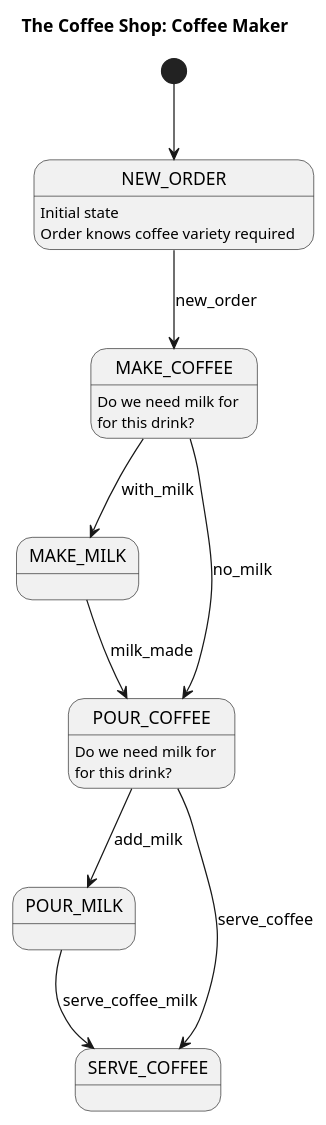
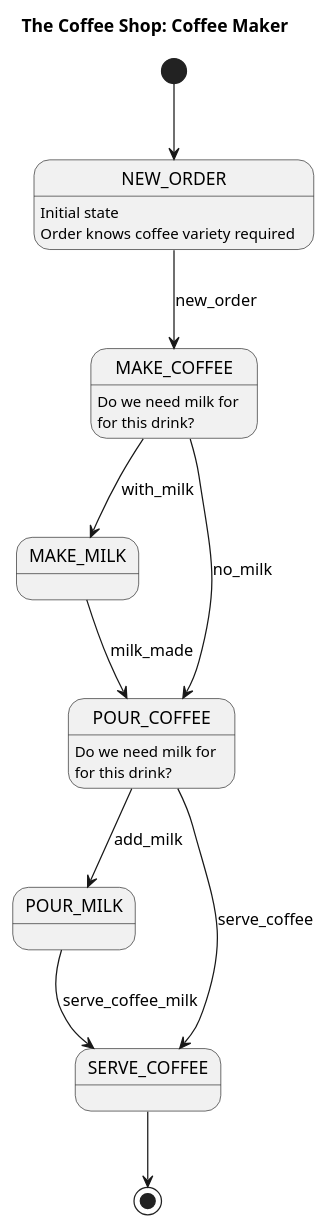
The diagram in docs/coffee-shop.puml (the-matrix/the-coffee-machine), drawn with PlantUML before and after one commit. The commit also changed 1 other file, not shown here.

Commit message:
update workflow diagram

```diff
--- a/docs/coffee-shop.puml
+++ b/docs/coffee-shop.puml
@@ -1,20 +1,21 @@
 @startuml
 hide unused attributes
 title The Coffee Shop: Coffee Maker
 
 [*] --> NEW_ORDER
 NEW_ORDER --> MAKE_COFFEE: new_order
 NEW_ORDER: Initial state
 NEW_ORDER: Order knows coffee variety required
 MAKE_COFFEE --> MAKE_MILK: with_milk
 MAKE_COFFEE: Do we need milk for
 MAKE_COFFEE: for this drink?
 MAKE_COFFEE --> POUR_COFFEE: no_milk
 MAKE_MILK --> POUR_COFFEE: milk_made
 POUR_COFFEE --> POUR_MILK: add_milk
 POUR_COFFEE: Do we need milk for
 POUR_COFFEE: for this drink?
 POUR_MILK --> SERVE_COFFEE: serve_coffee_milk
 POUR_COFFEE --> SERVE_COFFEE: serve_coffee
+SERVE_COFFEE --> [*]
 
 @enduml
```
